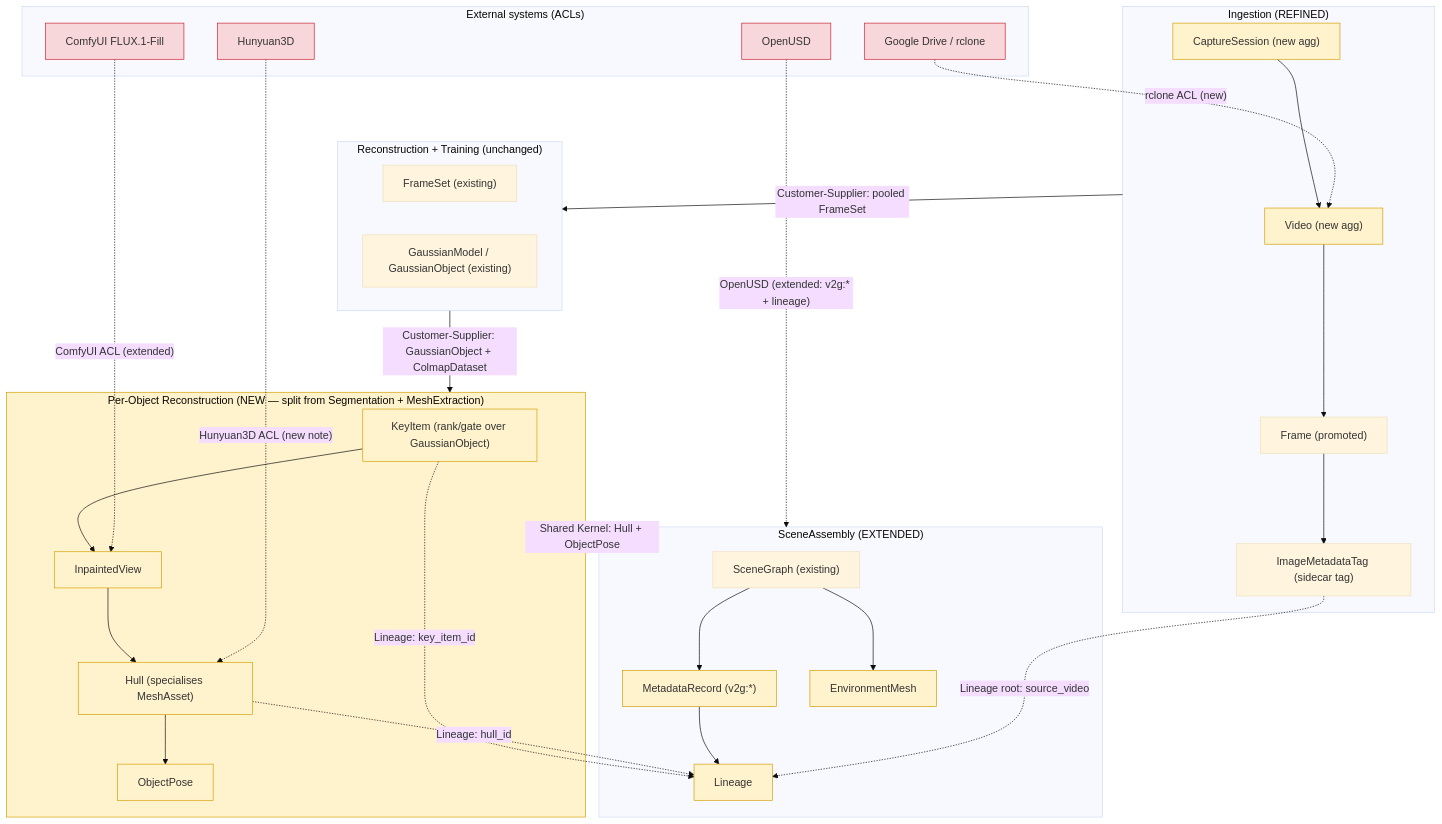
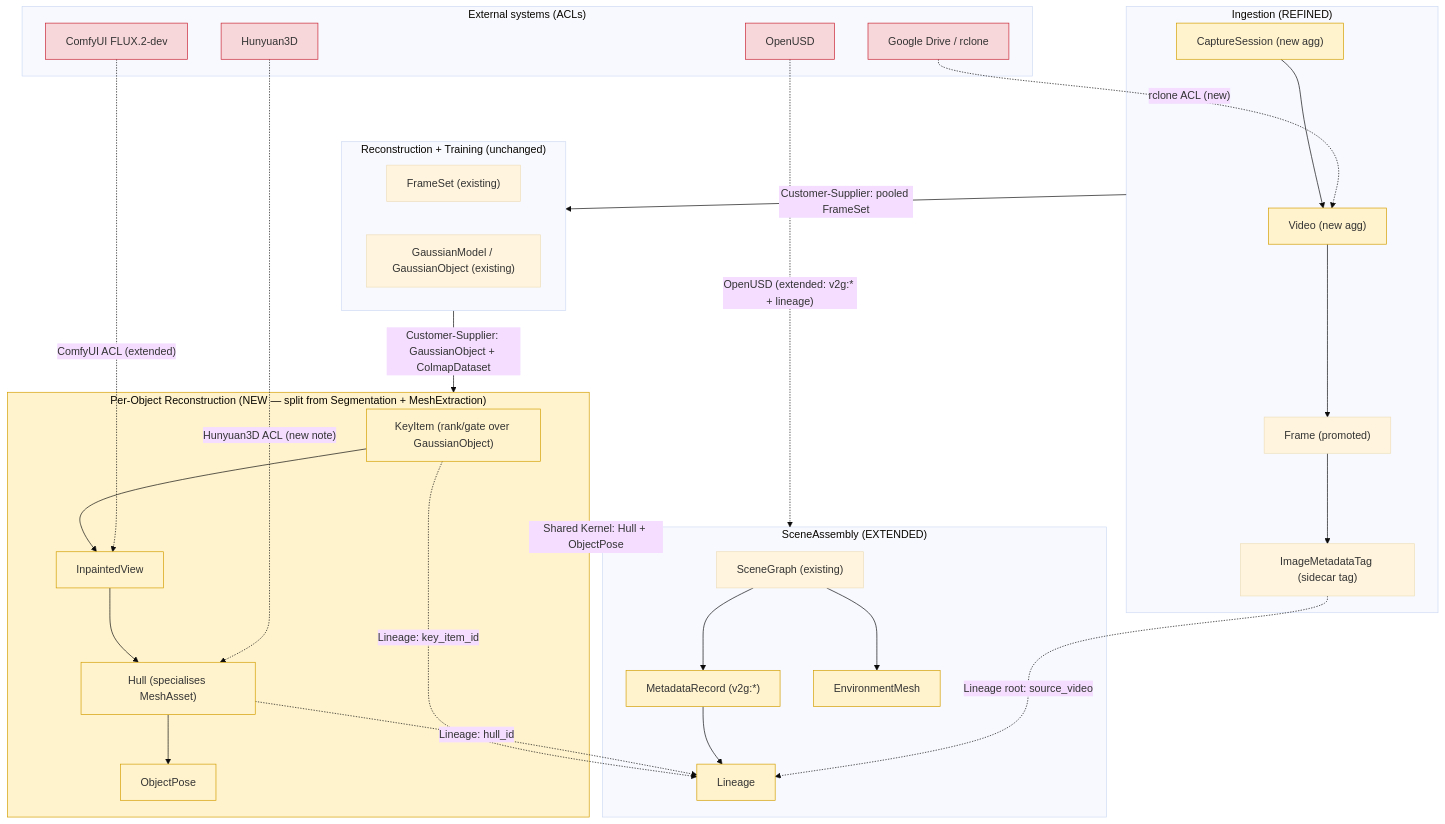
One commit to DreamLab-AI/Vitrine changed the first of 2 diagrams in research/ddd/v3-e2e-extensions.md. Above: the diagram before and after it, drawn with Mermaid (base theme). The commit also changed other lines of this file and 32 other files, not shown here.

````diff
--- a/research/ddd/v3-e2e-extensions.md
+++ b/research/ddd/v3-e2e-extensions.md
@@ -551,57 +619,57 @@
 ```mermaid
 flowchart TB
     subgraph EXT["External systems (ACLs)"]
         DRIVE["Google Drive / rclone"]
-        FLUX["ComfyUI FLUX.1-Fill"]
+        FLUX["ComfyUI FLUX.2-dev"]
         HY3D["Hunyuan3D"]
         USD["OpenUSD"]
     end
 
     subgraph ING["Ingestion (REFINED)"]
         CS["CaptureSession (new agg)"]
         VID["Video (new agg)"]
         FR["Frame (promoted)"]
         TAG["ImageMetadataTag (sidecar tag)"]
         CS --> VID --> FR --> TAG
     end
 
     subgraph RECON["Reconstruction + Training (unchanged)"]
         FS["FrameSet (existing)"]
         GM["GaussianModel / GaussianObject (existing)"]
     end
 
     subgraph POR["Per-Object Reconstruction (NEW — split from Segmentation + MeshExtraction)"]
         KI["KeyItem (rank/gate over GaussianObject)"]
         IV["InpaintedView"]
         HULL["Hull (specialises MeshAsset)"]
         POSE["ObjectPose"]
         KI --> IV --> HULL
         HULL --> POSE
     end
 
     subgraph SA["SceneAssembly (EXTENDED)"]
         SG["SceneGraph (existing)"]
         MR["MetadataRecord (v2g:*)"]
         ENV["EnvironmentMesh"]
         LIN["Lineage"]
         SG --> MR
         SG --> ENV
         MR --> LIN
     end
 
     DRIVE -. "rclone ACL (new)" .-> VID
     ING -- "Customer-Supplier: pooled FrameSet" --> RECON
     RECON -- "Customer-Supplier: GaussianObject + ColmapDataset" --> POR
     FLUX -. "ComfyUI ACL (extended)" .-> IV
     HY3D -. "Hunyuan3D ACL (new note)" .-> HULL
     POR -- "Shared Kernel: Hull + ObjectPose" --> SA
     USD -. "OpenUSD (extended: v2g:* + lineage)" .-> SA
     TAG -. "Lineage root: source_video" .-> LIN
     KI -. "Lineage: key_item_id" .-> LIN
     HULL -. "Lineage: hull_id" .-> LIN
 
     classDef new fill:#fff3cd,stroke:#d39e00;
     classDef ext fill:#f8d7da,stroke:#c82333;
     class CS,VID,KI,IV,HULL,POSE,MR,ENV,LIN,POR new;
     class DRIVE,FLUX,HY3D,USD ext;
 ```
````
